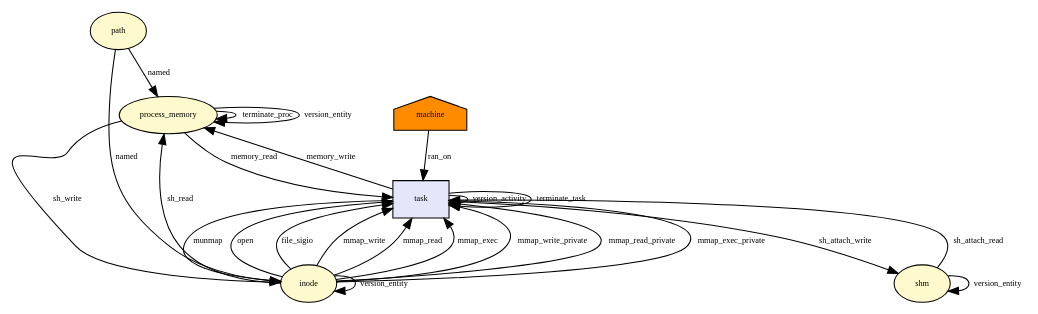
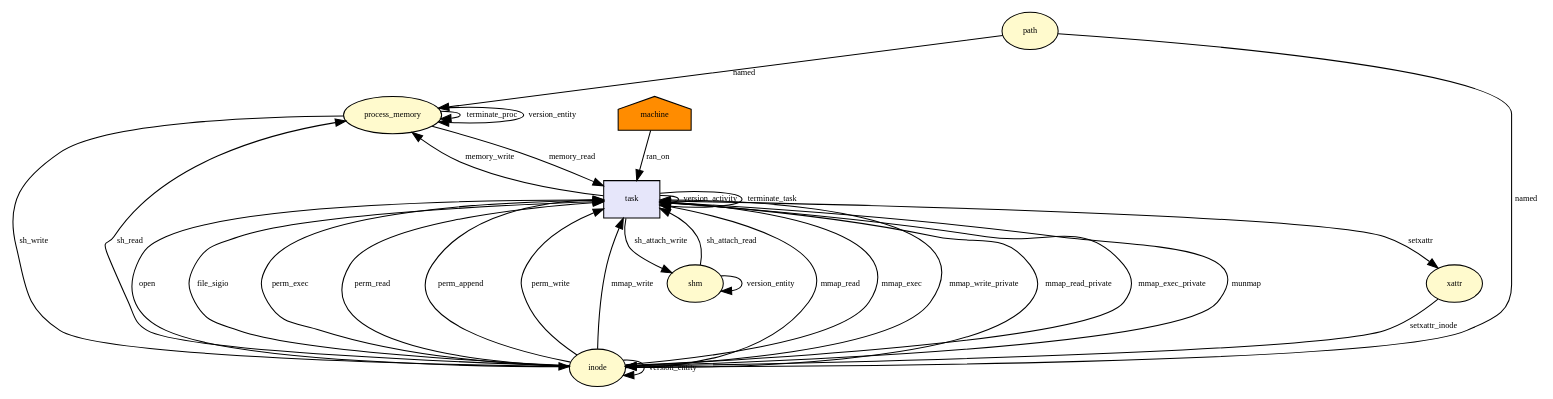
The diagram in docs/dot/__x64_sys_shmat.dot (CamFlow/camflow-dev), drawn with Graphviz before and after one commit. The commit also changed 21 other files, not shown here.

```diff
--- a/docs/dot/__x64_sys_shmat.dot
+++ b/docs/dot/__x64_sys_shmat.dot
@@ -1,61 +1,75 @@
 digraph RGL__DirectedAdjacencyGraph {process_memory[fontsize = 8,label = process_memory,shape = ellipse, fillcolor="#fffacd", style = filled]
 
 process_memory -> process_memory[fontsize = 8,label = terminate_proc]
 
 path[fontsize = 8,label = path,shape = ellipse, fillcolor="#fffacd", style = filled]
 
 path -> process_memory[fontsize = 8,label = named]
 
 machine[fontsize = 8,label = machine,shape = house, fillcolor="#ff8c00", style = filled]
 
 task[fontsize = 8,label = task,shape = rectangle, fillcolor="#e6e6fa", style = filled]
 
 machine -> task[fontsize = 8,label = ran_on]
 
 inode[fontsize = 8,label = inode,shape = ellipse, fillcolor="#fffacd", style = filled]
 
 path -> inode[fontsize = 8,label = named]
 
 inode -> task[fontsize = 8,label = open]
 
 task -> process_memory[fontsize = 8,label = memory_write]
 
 task -> task[fontsize = 8,label = version_activity]
 
 process_memory -> process_memory[fontsize = 8,label = version_entity]
 
 process_memory -> inode[fontsize = 8,label = sh_write]
 
 inode -> inode[fontsize = 8,label = version_entity]
 
 inode -> task[fontsize = 8,label = file_sigio]
 
+inode -> task[fontsize = 8,label = perm_exec]
+
+inode -> task[fontsize = 8,label = perm_read]
+
+inode -> task[fontsize = 8,label = perm_append]
+
+inode -> task[fontsize = 8,label = perm_write]
+
+process_memory -> task[fontsize = 8,label = memory_read]
+
+xattr[fontsize = 8,label = xattr,shape = ellipse, fillcolor="#fffacd", style = filled]
+
+task -> xattr[fontsize = 8,label = setxattr]
+
+xattr -> inode[fontsize = 8,label = setxattr_inode]
+
 inode -> task[fontsize = 8,label = mmap_write]
 
 inode -> task[fontsize = 8,label = mmap_read]
 
 inode -> task[fontsize = 8,label = mmap_exec]
 
 inode -> task[fontsize = 8,label = mmap_write_private]
 
 inode -> task[fontsize = 8,label = mmap_read_private]
 
 inode -> task[fontsize = 8,label = mmap_exec_private]
-
-process_memory -> task[fontsize = 8,label = memory_read]
 
 task -> inode[fontsize = 8,label = munmap]
 
 inode -> process_memory[fontsize = 8,label = sh_read]
 
 shm[fontsize = 8,label = shm,shape = ellipse, fillcolor="#fffacd", style = filled]
 
 shm -> task[fontsize = 8,label = sh_attach_read]
 
 task -> shm[fontsize = 8,label = sh_attach_write]
 
 shm -> shm[fontsize = 8,label = version_entity]
 
 task -> task[fontsize = 8,label = terminate_task]
 
 }
```
